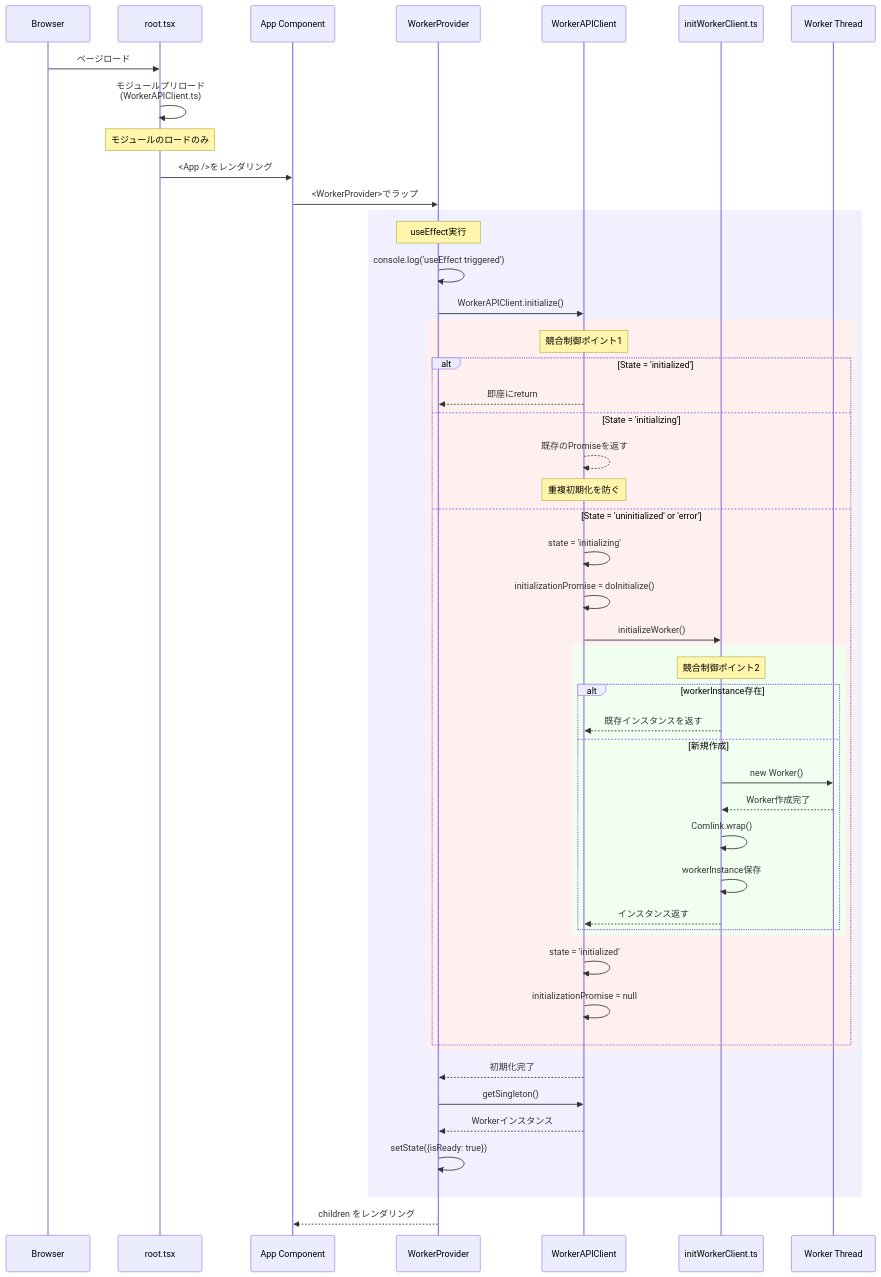
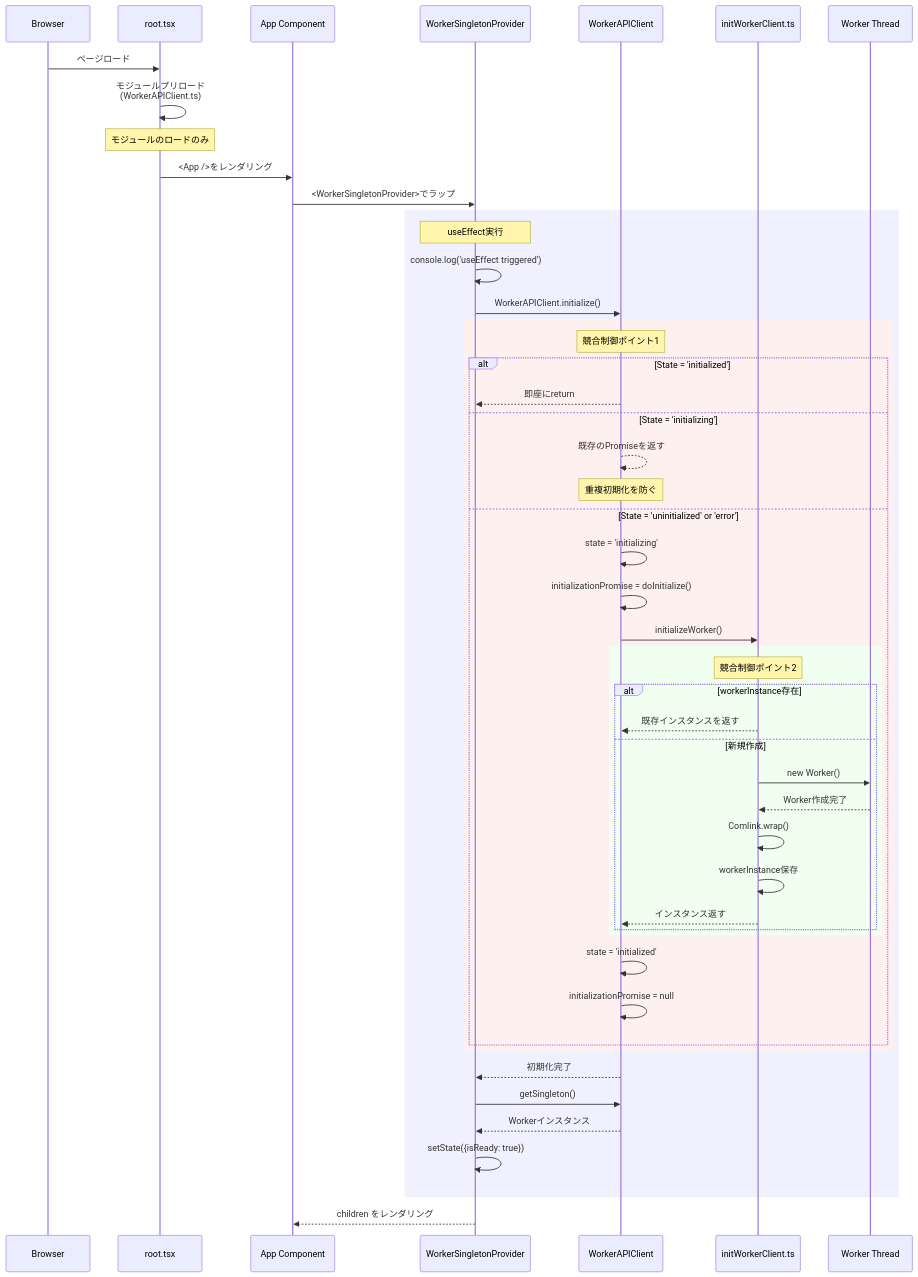
Before and after one commit to kubohiroya/hierarchidb: the first of 4 diagrams in docs/architecture/worker-initialization-analysis.md, drawn with Mermaid. The commit also changed other lines of this file and 207 other files, not shown here.

````diff
--- a/docs/architecture/worker-initialization-analysis.md
+++ b/docs/architecture/worker-initialization-analysis.md
@@ -25,63 +25,63 @@
 ```mermaid
 sequenceDiagram
     participant Browser as Browser
     participant Root as root.tsx
     participant App as App Component
-    participant WP as WorkerProvider
+    participant WP as WorkerSingletonProvider
     participant WAC as WorkerAPIClient
     participant IW as initWorkerClient.ts
     participant W as Worker Thread
 
     %% 初期化の流れ
     Browser->>Root: ページロード
     Root->>Root: モジュールプリロード<br/>(WorkerAPIClient.ts)
     Note over Root: モジュールのロードのみ
     
     Root->>App: <App />をレンダリング
-    App->>WP: <WorkerProvider>でラップ
+    App->>WP: <WorkerSingletonProvider>でラップ
     
     %% WorkerProvider内での初期化
     rect rgb(240, 240, 255)
         Note over WP: useEffect実行
         WP->>WP: console.log('useEffect triggered')
         WP->>WAC: WorkerAPIClient.initialize()
         
         %% WorkerAPIClient内での競合制御
         rect rgb(255, 240, 240)
             Note over WAC: 競合制御ポイント1
             alt State = 'initialized'
                 WAC-->>WP: 即座にreturn
             else State = 'initializing'
                 WAC-->>WAC: 既存のPromiseを返す
                 Note over WAC: 重複初期化を防ぐ
             else State = 'uninitialized' or 'error'
                 WAC->>WAC: state = 'initializing'
                 WAC->>WAC: initializationPromise = doInitialize()
                 WAC->>IW: initializeWorker()
                 
                 rect rgb(240, 255, 240)
                     Note over IW: 競合制御ポイント2
                     alt workerInstance存在
                         IW-->>WAC: 既存インスタンスを返す
                     else 新規作成
                         IW->>W: new Worker()
                         W-->>IW: Worker作成完了
                         IW->>IW: Comlink.wrap()
                         IW->>IW: workerInstance保存
                         IW-->>WAC: インスタンス返す
                     end
                 end
                 
                 WAC->>WAC: state = 'initialized'
                 WAC->>WAC: initializationPromise = null
             end
         end
         
         WAC-->>WP: 初期化完了
         WP->>WAC: getSingleton()
         WAC-->>WP: Workerインスタンス
         WP->>WP: setState({isReady: true})
     end
     
     WP-->>App: children をレンダリング
 ```
````
